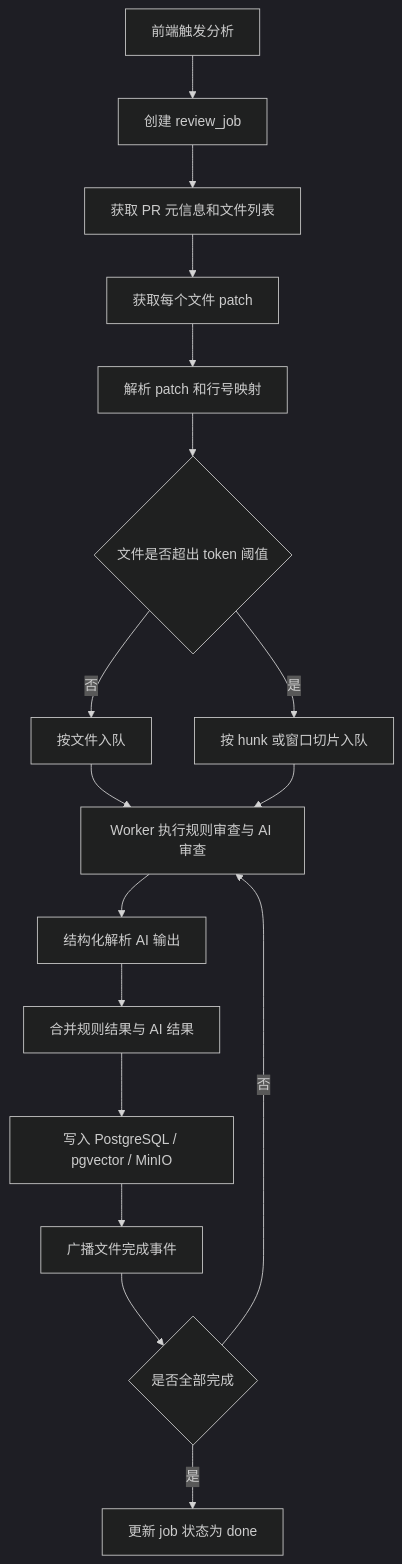
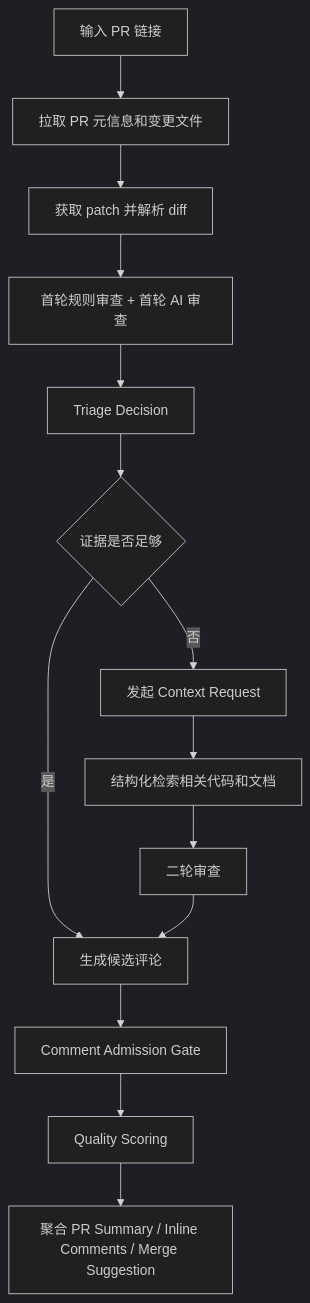
The third of 4 diagrams in docs/ai-pr-review-architecture.md (zhaoyongze123/ai-pr-review-assistant), drawn with Mermaid (dark theme) before and after one commit. The commit also changed other lines of this file and 34 other files, not shown here.

````diff
--- a/docs/ai-pr-review-architecture.md
+++ b/docs/ai-pr-review-architecture.md
@@ -130,19 +260,16 @@
 ```mermaid
 flowchart TD
-    A["前端触发分析"] --> B["创建 review_job"]
-    B --> C["获取 PR 元信息和文件列表"]
-    C --> D["获取每个文件 patch"]
-    D --> E["解析 patch 和行号映射"]
-    E --> F{"文件是否超出 token 阈值"}
-    F -- 否 --> G["按文件入队"]
-    F -- 是 --> H["按 hunk 或窗口切片入队"]
-    G --> I["Worker 执行规则审查与 AI 审查"]
-    H --> I
-    I --> J["结构化解析 AI 输出"]
-    J --> K["合并规则结果与 AI 结果"]
-    K --> L["写入 PostgreSQL / pgvector / MinIO"]
-    L --> M["广播文件完成事件"]
-    M --> N{"是否全部完成"}
-    N -- 否 --> I
-    N -- 是 --> O["更新 job 状态为 done"]
+    A["输入 PR 链接"] --> B["拉取 PR 元信息和变更文件"]
+    B --> C["获取 patch 并解析 diff"]
+    C --> D["首轮规则审查 + 首轮 AI 审查"]
+    D --> E["Triage Decision"]
+    E --> F{"证据是否足够"}
+    F -- 是 --> G["生成候选评论"]
+    F -- 否 --> H["发起 Context Request"]
+    H --> I["结构化检索相关代码和文档"]
+    I --> J["二轮审查"]
+    J --> G
+    G --> K["Comment Admission Gate"]
+    K --> L["Quality Scoring"]
+    L --> M["聚合 PR Summary / Inline Comments / Merge Suggestion"]
 ```
````
